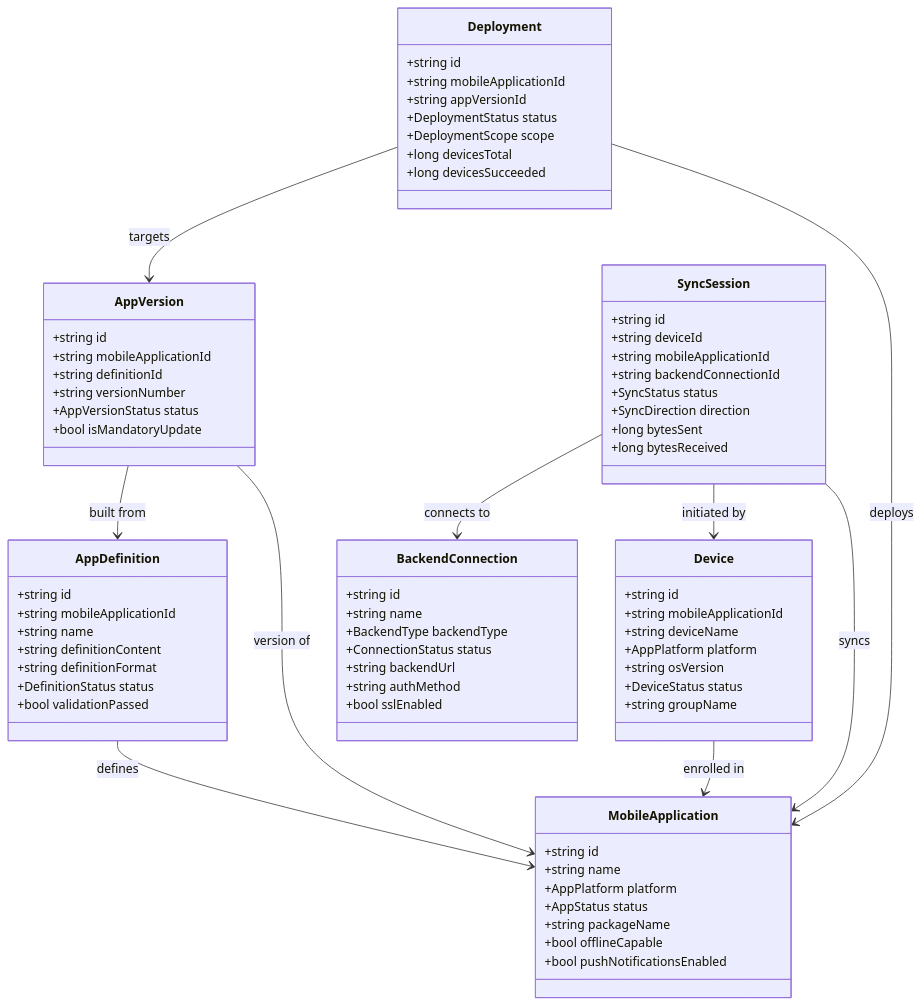
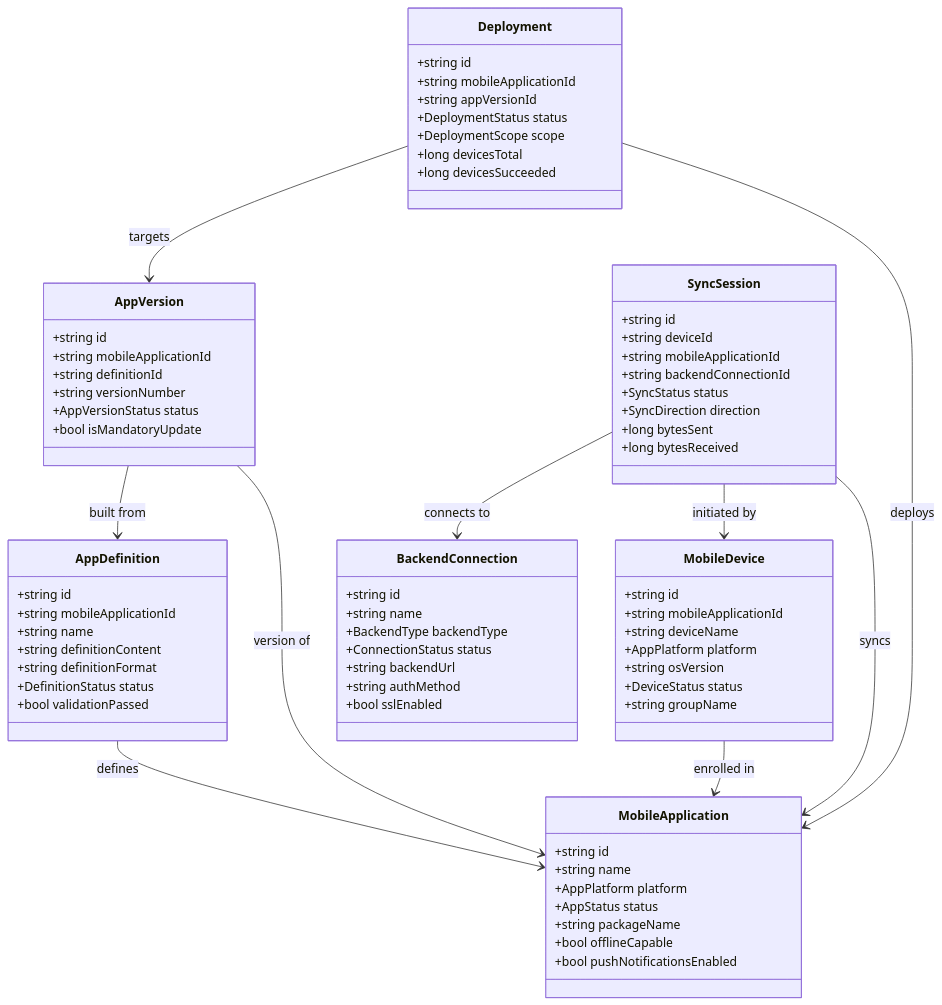
Before and after one commit to UIMSolutions/uim-platform: the first of 6 diagrams in agentry/UML.md, drawn with Mermaid. The commit also changed other lines of this file and 125 other files, not shown here.

````diff
--- a/agentry/UML.md
+++ b/agentry/UML.md
@@ -10,76 +10,76 @@
 ```mermaid
 classDiagram
     class MobileApplication {
         +string id
         +string name
         +AppPlatform platform
         +AppStatus status
         +string packageName
         +bool offlineCapable
         +bool pushNotificationsEnabled
     }
     class AppDefinition {
         +string id
         +string mobileApplicationId
         +string name
         +string definitionContent
         +string definitionFormat
         +DefinitionStatus status
         +bool validationPassed
     }
     class AppVersion {
         +string id
         +string mobileApplicationId
         +string definitionId
         +string versionNumber
         +AppVersionStatus status
         +bool isMandatoryUpdate
     }
-    class Device {
+    class MobileDevice {
         +string id
         +string mobileApplicationId
         +string deviceName
         +AppPlatform platform
         +string osVersion
         +DeviceStatus status
         +string groupName
     }
     class SyncSession {
         +string id
         +string deviceId
         +string mobileApplicationId
         +string backendConnectionId
         +SyncStatus status
         +SyncDirection direction
         +long bytesSent
         +long bytesReceived
     }
     class BackendConnection {
         +string id
         +string name
         +BackendType backendType
         +ConnectionStatus status
         +string backendUrl
         +string authMethod
         +bool sslEnabled
     }
     class Deployment {
         +string id
         +string mobileApplicationId
         +string appVersionId
         +DeploymentStatus status
         +DeploymentScope scope
         +long devicesTotal
         +long devicesSucceeded
     }
 
     AppDefinition --> MobileApplication : defines
     AppVersion --> MobileApplication : version of
     AppVersion --> AppDefinition : built from
-    Device --> MobileApplication : enrolled in
-    SyncSession --> Device : initiated by
+    MobileDevice --> MobileApplication : enrolled in
+    SyncSession --> MobileDevice : initiated by
     SyncSession --> MobileApplication : syncs
     SyncSession --> BackendConnection : connects to
     Deployment --> MobileApplication : deploys
     Deployment --> AppVersion : targets
 ```
````
